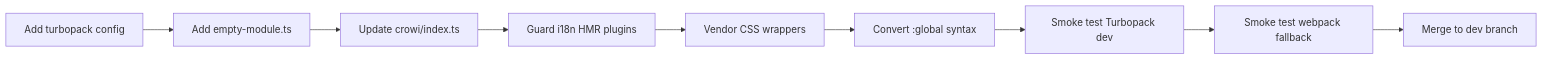
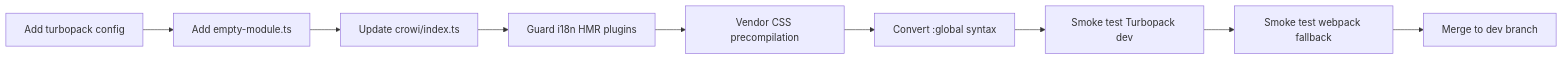
Before and after one commit to growilabs/growi: the third of 3 diagrams in .kiro/specs/migrate-to-turbopack/design.md, drawn with Mermaid. The commit also changed other lines of this file and 30 other files, not shown here.

````diff
--- a/.kiro/specs/migrate-to-turbopack/design.md
+++ b/.kiro/specs/migrate-to-turbopack/design.md
@@ -462,11 +477,11 @@
 ```mermaid
 flowchart LR
     A[Add turbopack config] --> B[Add empty-module.ts]
     B --> C[Update crowi/index.ts]
     C --> D[Guard i18n HMR plugins]
-    D --> E[Vendor CSS wrappers]
+    D --> E[Vendor CSS precompilation]
     E --> F[Convert :global syntax]
     F --> G[Smoke test Turbopack dev]
     G --> H[Smoke test webpack fallback]
     H --> I[Merge to dev branch]
 ```
````
